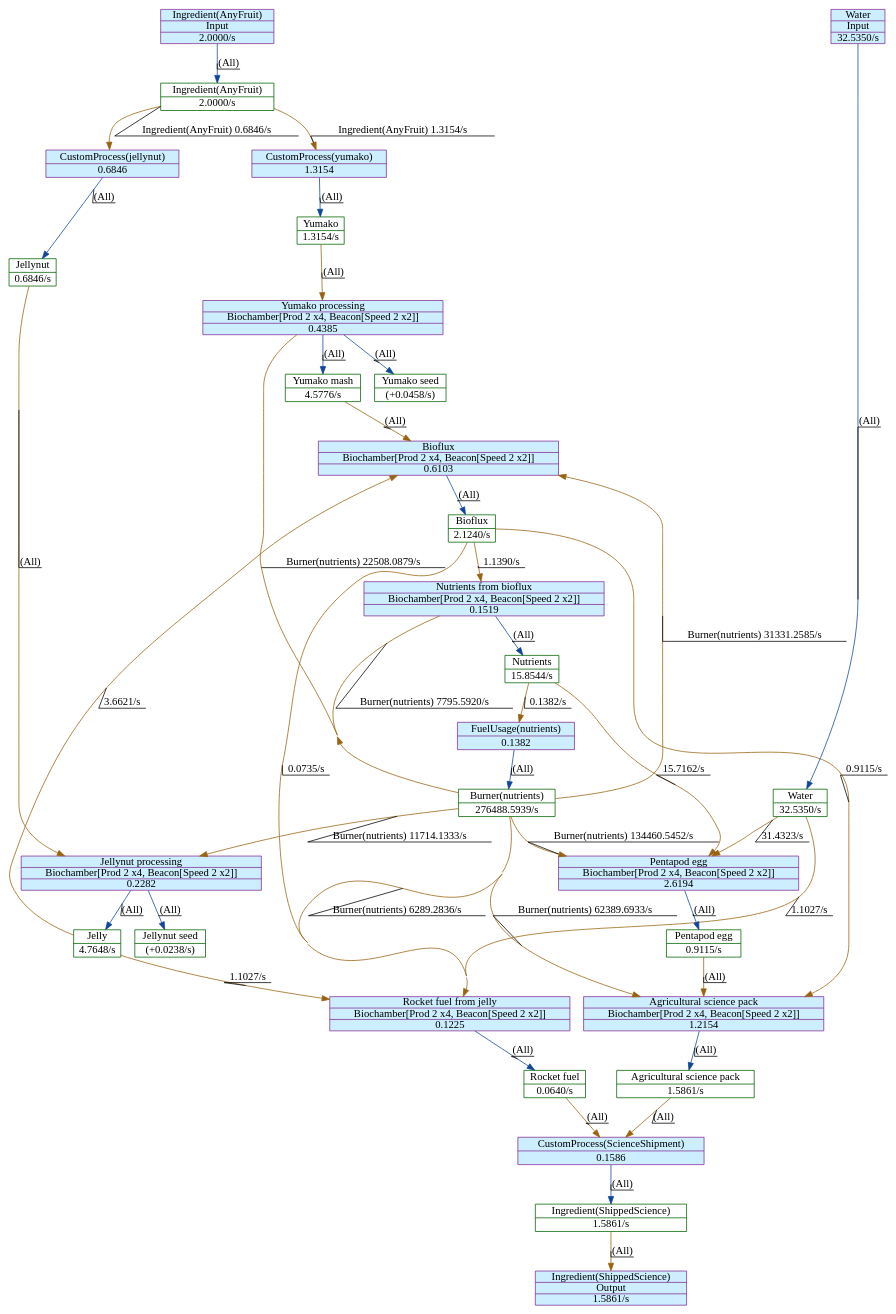
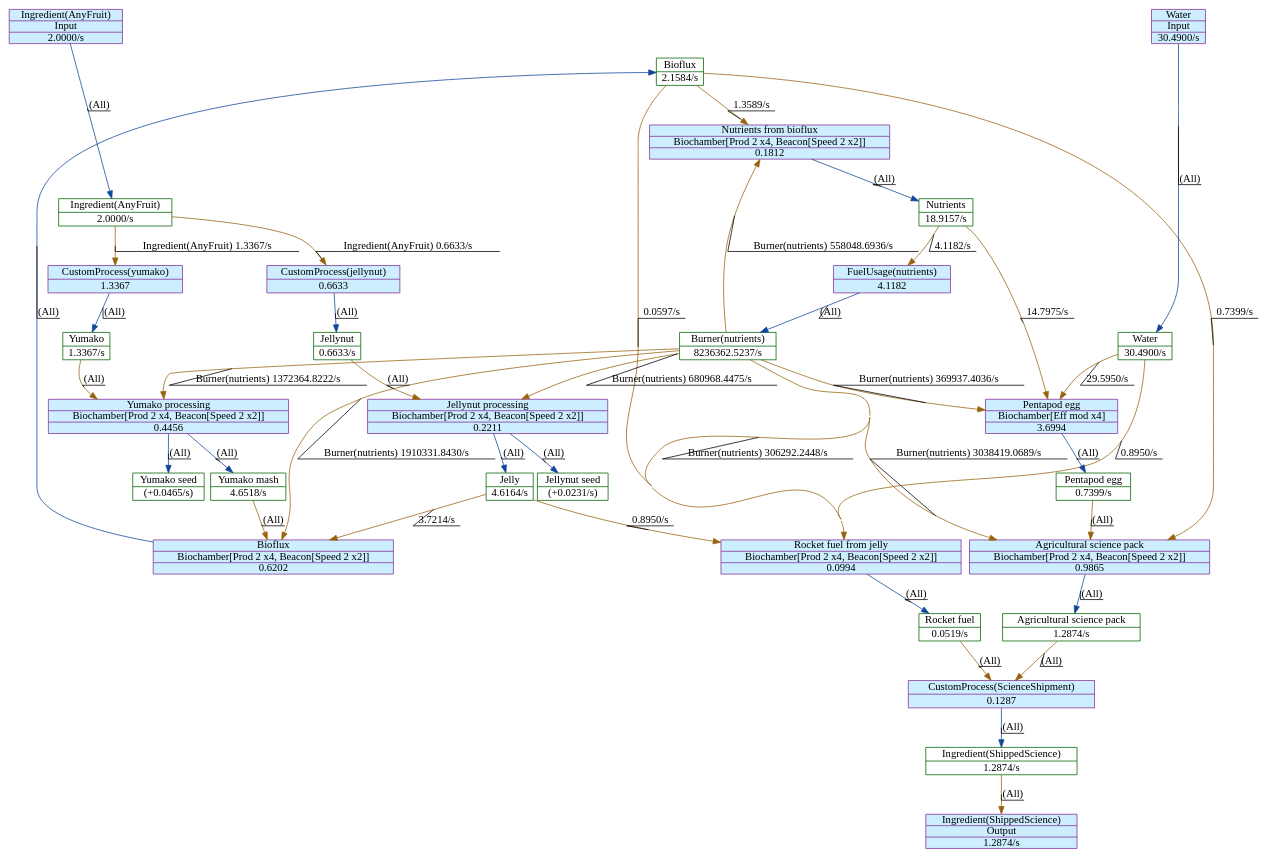
The diagram in output/agri-sci.dot (GlassBricks/factorio-analysis), drawn with Graphviz before and after one commit. The commit also changed 4 other files, not shown here.

```diff
--- a/output/agri-sci.dot
+++ b/output/agri-sci.dot
@@ -1,102 +1,102 @@
 digraph {
     layout="dot"
     concentrate=true
     node [shape="record"; margin=0]
     edge [decorate=true]
-    0 [color="#006400"; label="{Yumako|1.3154/s}"]
-    1 [color="#006400"; label="{Yumako seed|(+0.0458/s)}"]
-    2 [color="#006400"; label="{Yumako mash|4.5776/s}"]
-    3 [color="#006400"; label="{Burner(nutrients)|276488.5939/s}"]
-    4 [color="#006400"; label="{Water|32.5350/s}"]
-    5 [color="#006400"; label="{Ingredient(ShippedScience)|1.5861/s}"]
-    6 [color="#006400"; label="{Jelly|4.7648/s}"]
-    7 [color="#006400"; label="{Bioflux|2.1240/s}"]
-    8 [color="#006400"; label="{Ingredient(AnyFruit)|2.0000/s}"]
-    9 [color="#006400"; label="{Nutrients|15.8544/s}"]
-    10 [color="#006400"; label="{Agricultural science pack|1.5861/s}"]
-    11 [color="#006400"; label="{Rocket fuel|0.0640/s}"]
-    12 [color="#006400"; label="{Jellynut|0.6846/s}"]
-    13 [color="#006400"; label="{Pentapod egg|0.9115/s}"]
-    14 [color="#006400"; label="{Jellynut seed|(+0.0238/s)}"]
-    15 [style="filled"; color="#842e99"; fillcolor="#cceeff"; label="{Yumako processing|Biochamber[Prod 2 x4, Beacon[Speed 2 x2]]|0.4385}"]
-    16 [style="filled"; color="#842e99"; fillcolor="#cceeff"; label="{Water|Input|32.5350/s}"]
-    17 [style="filled"; color="#842e99"; fillcolor="#cceeff"; label="{Ingredient(ShippedScience)|Output|1.5861/s}"]
-    18 [style="filled"; color="#842e99"; fillcolor="#cceeff"; label="{Bioflux|Biochamber[Prod 2 x4, Beacon[Speed 2 x2]]|0.6103}"]
-    19 [style="filled"; color="#842e99"; fillcolor="#cceeff"; label="{CustomProcess(yumako)|1.3154}"]
-    20 [style="filled"; color="#842e99"; fillcolor="#cceeff"; label="{FuelUsage(nutrients)|0.1382}"]
-    21 [style="filled"; color="#842e99"; fillcolor="#cceeff"; label="{CustomProcess(ScienceShipment)|0.1586}"]
-    22 [style="filled"; color="#842e99"; fillcolor="#cceeff"; label="{CustomProcess(jellynut)|0.6846}"]
-    23 [style="filled"; color="#842e99"; fillcolor="#cceeff"; label="{Nutrients from bioflux|Biochamber[Prod 2 x4, Beacon[Speed 2 x2]]|0.1519}"]
-    24 [style="filled"; color="#842e99"; fillcolor="#cceeff"; label="{Rocket fuel from jelly|Biochamber[Prod 2 x4, Beacon[Speed 2 x2]]|0.1225}"]
-    25 [style="filled"; color="#842e99"; fillcolor="#cceeff"; label="{Agricultural science pack|Biochamber[Prod 2 x4, Beacon[Speed 2 x2]]|1.2154}"]
-    26 [style="filled"; color="#842e99"; fillcolor="#cceeff"; label="{Pentapod egg|Biochamber[Prod 2 x4, Beacon[Speed 2 x2]]|2.6194}"]
-    27 [style="filled"; color="#842e99"; fillcolor="#cceeff"; label="{Ingredient(AnyFruit)|Input|2.0000/s}"]
-    28 [style="filled"; color="#842e99"; fillcolor="#cceeff"; label="{Jellynut processing|Biochamber[Prod 2 x4, Beacon[Speed 2 x2]]|0.2282}"]
-    0 -> 15 [color="#99620f"; label="(All)"]
-    2 -> 18 [color="#99620f"; label="(All)"]
-    3 -> 15 [color="#99620f"; label="Burner(nutrients)	22508.0879/s
+    0 [color="#006400"; label="{Bioflux|2.1584/s}"]
+    1 [color="#006400"; label="{Pentapod egg|0.7399/s}"]
+    2 [color="#006400"; label="{Burner(nutrients)|8236362.5237/s}"]
+    3 [color="#006400"; label="{Agricultural science pack|1.2874/s}"]
+    4 [color="#006400"; label="{Ingredient(AnyFruit)|2.0000/s}"]
+    5 [color="#006400"; label="{Yumako|1.3367/s}"]
+    6 [color="#006400"; label="{Yumako seed|(+0.0465/s)}"]
+    7 [color="#006400"; label="{Yumako mash|4.6518/s}"]
+    8 [color="#006400"; label="{Water|30.4900/s}"]
+    9 [color="#006400"; label="{Ingredient(ShippedScience)|1.2874/s}"]
+    10 [color="#006400"; label="{Rocket fuel|0.0519/s}"]
+    11 [color="#006400"; label="{Jellynut|0.6633/s}"]
+    12 [color="#006400"; label="{Jelly|4.6164/s}"]
+    13 [color="#006400"; label="{Nutrients|18.9157/s}"]
+    14 [color="#006400"; label="{Jellynut seed|(+0.0231/s)}"]
+    15 [style="filled"; color="#842e99"; fillcolor="#cceeff"; label="{Agricultural science pack|Biochamber[Prod 2 x4, Beacon[Speed 2 x2]]|0.9865}"]
+    16 [style="filled"; color="#842e99"; fillcolor="#cceeff"; label="{CustomProcess(yumako)|1.3367}"]
+    17 [style="filled"; color="#842e99"; fillcolor="#cceeff"; label="{Ingredient(AnyFruit)|Input|2.0000/s}"]
+    18 [style="filled"; color="#842e99"; fillcolor="#cceeff"; label="{Yumako processing|Biochamber[Prod 2 x4, Beacon[Speed 2 x2]]|0.4456}"]
+    19 [style="filled"; color="#842e99"; fillcolor="#cceeff"; label="{Water|Input|30.4900/s}"]
+    20 [style="filled"; color="#842e99"; fillcolor="#cceeff"; label="{CustomProcess(ScienceShipment)|0.1287}"]
+    21 [style="filled"; color="#842e99"; fillcolor="#cceeff"; label="{Ingredient(ShippedScience)|Output|1.2874/s}"]
+    22 [style="filled"; color="#842e99"; fillcolor="#cceeff"; label="{CustomProcess(jellynut)|0.6633}"]
+    23 [style="filled"; color="#842e99"; fillcolor="#cceeff"; label="{Bioflux|Biochamber[Prod 2 x4, Beacon[Speed 2 x2]]|0.6202}"]
+    24 [style="filled"; color="#842e99"; fillcolor="#cceeff"; label="{Rocket fuel from jelly|Biochamber[Prod 2 x4, Beacon[Speed 2 x2]]|0.0994}"]
+    25 [style="filled"; color="#842e99"; fillcolor="#cceeff"; label="{Nutrients from bioflux|Biochamber[Prod 2 x4, Beacon[Speed 2 x2]]|0.1812}"]
+    26 [style="filled"; color="#842e99"; fillcolor="#cceeff"; label="{Pentapod egg|Biochamber[Eff mod x4]|3.6994}"]
+    27 [style="filled"; color="#842e99"; fillcolor="#cceeff"; label="{FuelUsage(nutrients)|4.1182}"]
+    28 [style="filled"; color="#842e99"; fillcolor="#cceeff"; label="{Jellynut processing|Biochamber[Prod 2 x4, Beacon[Speed 2 x2]]|0.2211}"]
+    0 -> 15 [color="#99620f"; label="0.7399/s
 "]
-    3 -> 18 [color="#99620f"; label="Burner(nutrients)	31331.2585/s
+    0 -> 24 [color="#99620f"; label="0.0597/s
 "]
-    3 -> 23 [color="#99620f"; label="Burner(nutrients)	7795.5920/s
+    0 -> 25 [color="#99620f"; label="1.3589/s
 "]
-    3 -> 24 [color="#99620f"; label="Burner(nutrients)	6289.2836/s
+    1 -> 15 [color="#99620f"; label="(All)"]
+    2 -> 15 [color="#99620f"; label="Burner(nutrients)	3038419.0689/s
 "]
-    3 -> 25 [color="#99620f"; label="Burner(nutrients)	62389.6933/s
+    2 -> 18 [color="#99620f"; label="Burner(nutrients)	1372364.8222/s
 "]
-    3 -> 26 [color="#99620f"; label="Burner(nutrients)	134460.5452/s
+    2 -> 23 [color="#99620f"; label="Burner(nutrients)	1910331.8430/s
 "]
-    3 -> 28 [color="#99620f"; label="Burner(nutrients)	11714.1333/s
+    2 -> 24 [color="#99620f"; label="Burner(nutrients)	306292.2448/s
 "]
-    4 -> 24 [color="#99620f"; label="1.1027/s
+    2 -> 25 [color="#99620f"; label="Burner(nutrients)	558048.6936/s
 "]
-    4 -> 26 [color="#99620f"; label="31.4323/s
+    2 -> 26 [color="#99620f"; label="Burner(nutrients)	369937.4036/s
 "]
-    5 -> 17 [color="#99620f"; label="(All)"]
-    6 -> 18 [color="#99620f"; label="3.6621/s
+    2 -> 28 [color="#99620f"; label="Burner(nutrients)	680968.4475/s
 "]
-    6 -> 24 [color="#99620f"; label="1.1027/s
+    3 -> 20 [color="#99620f"; label="(All)"]
+    4 -> 16 [color="#99620f"; label="Ingredient(AnyFruit)	1.3367/s
 "]
-    7 -> 23 [color="#99620f"; label="1.1390/s
+    4 -> 22 [color="#99620f"; label="Ingredient(AnyFruit)	0.6633/s
 "]
-    7 -> 24 [color="#99620f"; label="0.0735/s
+    5 -> 18 [color="#99620f"; label="(All)"]
+    7 -> 23 [color="#99620f"; label="(All)"]
+    8 -> 24 [color="#99620f"; label="0.8950/s
 "]
-    7 -> 25 [color="#99620f"; label="0.9115/s
+    8 -> 26 [color="#99620f"; label="29.5950/s
 "]
-    8 -> 19 [color="#99620f"; label="Ingredient(AnyFruit)	1.3154/s
+    9 -> 21 [color="#99620f"; label="(All)"]
+    10 -> 20 [color="#99620f"; label="(All)"]
+    11 -> 28 [color="#99620f"; label="(All)"]
+    12 -> 23 [color="#99620f"; label="3.7214/s
 "]
-    8 -> 22 [color="#99620f"; label="Ingredient(AnyFruit)	0.6846/s
+    12 -> 24 [color="#99620f"; label="0.8950/s
 "]
-    9 -> 20 [color="#99620f"; label="0.1382/s
+    13 -> 26 [color="#99620f"; label="14.7975/s
 "]
-    9 -> 26 [color="#99620f"; label="15.7162/s
+    13 -> 27 [color="#99620f"; label="4.1182/s
 "]
-    10 -> 21 [color="#99620f"; label="(All)"]
-    11 -> 21 [color="#99620f"; label="(All)"]
-    12 -> 28 [color="#99620f"; label="(All)"]
-    13 -> 25 [color="#99620f"; label="(All)"]
-    15 -> 1 [color="#0f4699"; label="(All)"]
-    15 -> 2 [color="#0f4699"; label="(All)"]
-    16 -> 4 [color="#0f4699"; label="(All)"]
+    15 -> 3 [color="#0f4699"; label="(All)"]
+    16 -> 5 [color="#0f4699"; label="(All)"]
+    17 -> 4 [color="#0f4699"; label="(All)"]
+    18 -> 6 [color="#0f4699"; label="(All)"]
     18 -> 7 [color="#0f4699"; label="(All)"]
-    19 -> 0 [color="#0f4699"; label="(All)"]
-    20 -> 3 [color="#0f4699"; label="(All)"]
-    21 -> 5 [color="#0f4699"; label="(All)"]
-    22 -> 12 [color="#0f4699"; label="(All)"]
-    23 -> 9 [color="#0f4699"; label="(All)"]
-    24 -> 11 [color="#0f4699"; label="(All)"]
-    25 -> 10 [color="#0f4699"; label="(All)"]
-    26 -> 13 [color="#0f4699"; label="(All)"]
-    27 -> 8 [color="#0f4699"; label="(All)"]
+    19 -> 8 [color="#0f4699"; label="(All)"]
+    20 -> 9 [color="#0f4699"; label="(All)"]
+    22 -> 11 [color="#0f4699"; label="(All)"]
+    23 -> 0 [color="#0f4699"; label="(All)"]
+    24 -> 10 [color="#0f4699"; label="(All)"]
+    25 -> 13 [color="#0f4699"; label="(All)"]
+    26 -> 1 [color="#0f4699"; label="(All)"]
+    27 -> 2 [color="#0f4699"; label="(All)"]
     28 -> 14 [color="#0f4699"; label="(All)"]
-    28 -> 6 [color="#0f4699"; label="(All)"]
+    28 -> 12 [color="#0f4699"; label="(All)"]
     subgraph {
         rank="source"
-        16
-        27
+        17
+        19
     }
     subgraph {
         rank="sink"
-        17
+        21
     }
 }
```
